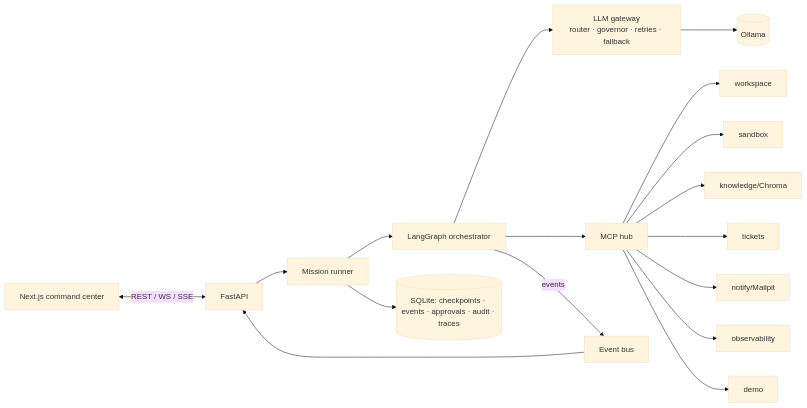
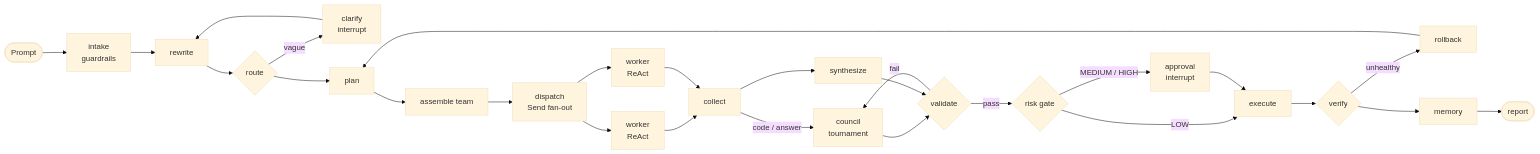
Before and after one commit to VinayBot/nexus: the diagram in README.md, drawn with Mermaid (base theme). The commit also changed other lines of this file and 46 other files, not shown here.

````diff
--- a/README.md
+++ b/README.md
@@ -128,9 +75,15 @@
 ```mermaid
 flowchart LR
-  UI[Next.js command center] <-- REST / WS / SSE --> API[FastAPI]
-  API --> R[Mission runner] --> G[LangGraph orchestrator]
-  G --> GW[LLM gateway<br/>router · governor · retries · fallback] --> O[(Ollama)]
-  G --> H[MCP hub] --> S1[workspace] & S2[sandbox] & S3[knowledge/Chroma] & S4[tickets] & S5[notify/Mailpit] & S6[observability] & S7[demo]
-  G -- events --> B[Event bus] --> API
-  R --> DB[(SQLite: checkpoints · events · approvals · audit · traces)]
+    U([Prompt]) --> I[intake<br/>guardrails] --> R[rewrite] --> RT{route}
+    RT -->|vague| C[clarify<br/>interrupt] --> R
+    RT --> P[plan] --> A[assemble team] --> D[dispatch<br/>Send fan-out]
+    D --> W1[worker<br/>ReAct] & W2[worker<br/>ReAct] --> CO[collect]
+    CO -->|code / answer| T[council<br/>tournament] --> V{validate}
+    CO --> S[synthesize] --> V
+    V -->|fail| T
+    V -->|pass| G{risk gate}
+    G -->|LOW| X[execute]
+    G -->|MEDIUM / HIGH| H[approval<br/>interrupt] --> X
+    X --> VE{verify} -->|unhealthy| RB[rollback] --> P
+    VE --> M[memory] --> REP([report])
 ```
````
